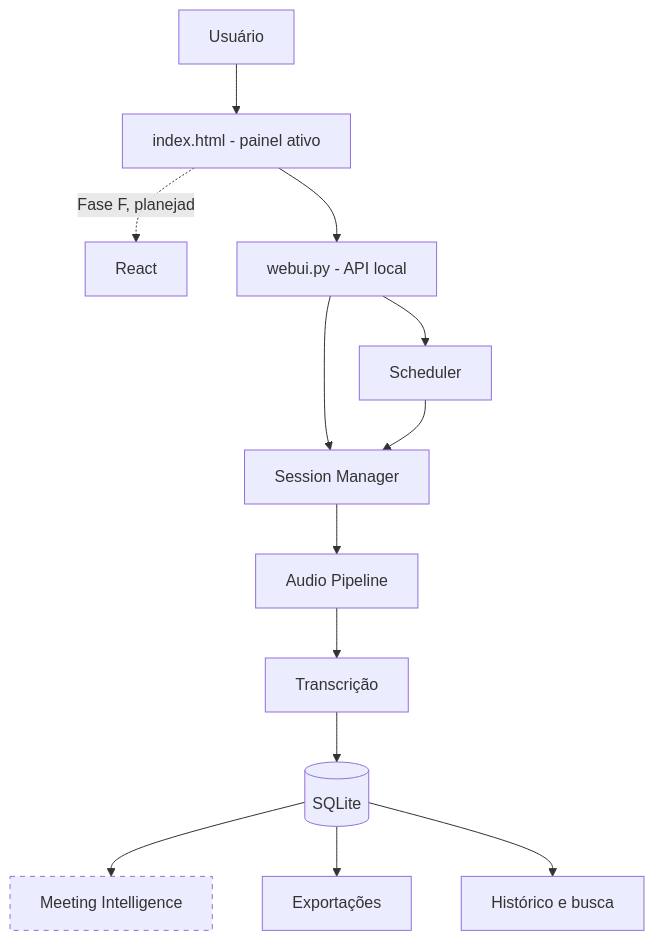
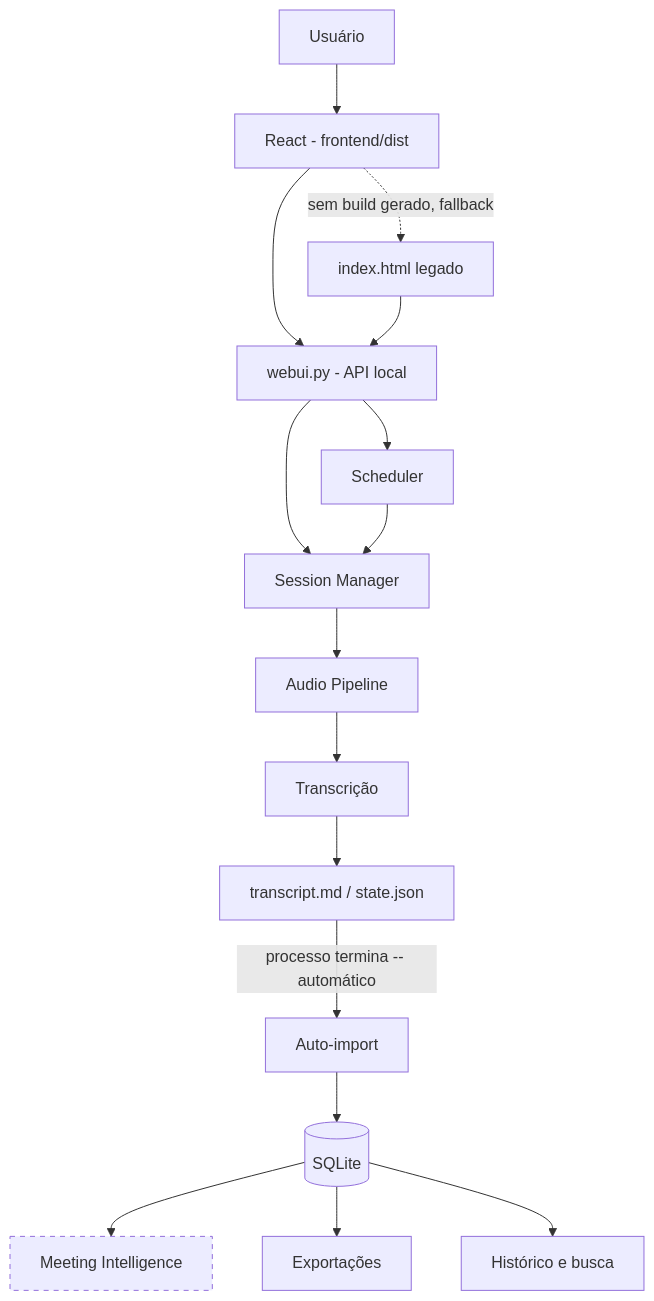
One commit to HSHAKOA/Agente-de-transcrito-de-reuni-es- changed the first of 8 diagrams in docs/FLOWCHARTS.md. Above: the diagram before and after it, drawn with Mermaid. The commit also changed other lines of this file and 8 other files, not shown here.

First line of the commit message:
docs: align README/flowcharts/handoff with post-audit fixes

````diff
--- a/docs/FLOWCHARTS.md
+++ b/docs/FLOWCHARTS.md
@@ -11,22 +12,25 @@
 ```mermaid
 flowchart TD
-    U[Usuário] --> UI[index.html - painel ativo]
-    UI -.Fase F, planejado.-> REACT[React]
+    U[Usuário] --> UI[React - frontend/dist]
+    UI -.sem build gerado, fallback.-> LEGACY[index.html legado]
 
     UI --> API[webui.py - API local]
+    LEGACY --> API
 
     API --> SM[Session Manager]
     API --> SCHED[Scheduler]
 
     SCHED --> SM
 
     SM --> PIPE[Audio Pipeline]
     PIPE --> WHISPER[Transcrição]
-    WHISPER --> SQLITE[(SQLite)]
+    WHISPER --> MDFILE[transcript.md / state.json]
+    MDFILE -->|processo termina -- automático| IMPORT[Auto-import]
+    IMPORT --> SQLITE[(SQLite)]
     SQLITE --> INTEL[Meeting Intelligence]:::planned
     SQLITE --> EXPORT[Exportações]
     SQLITE --> SEARCH[Histórico e busca]
 
     classDef planned stroke-dasharray: 5 5
     class INTEL planned
 ```
````
